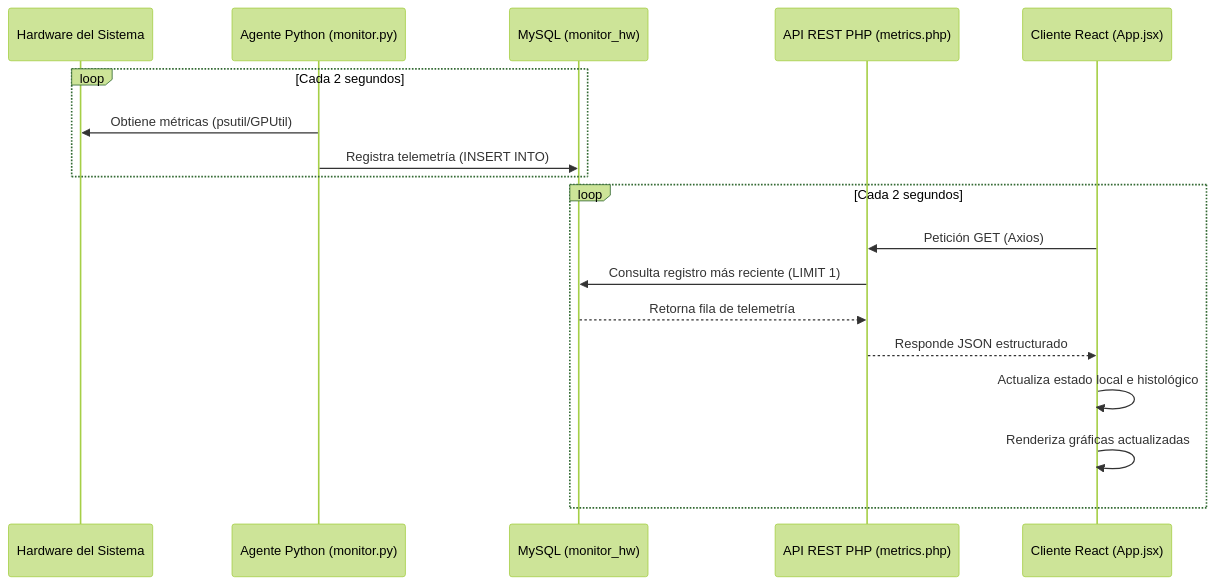
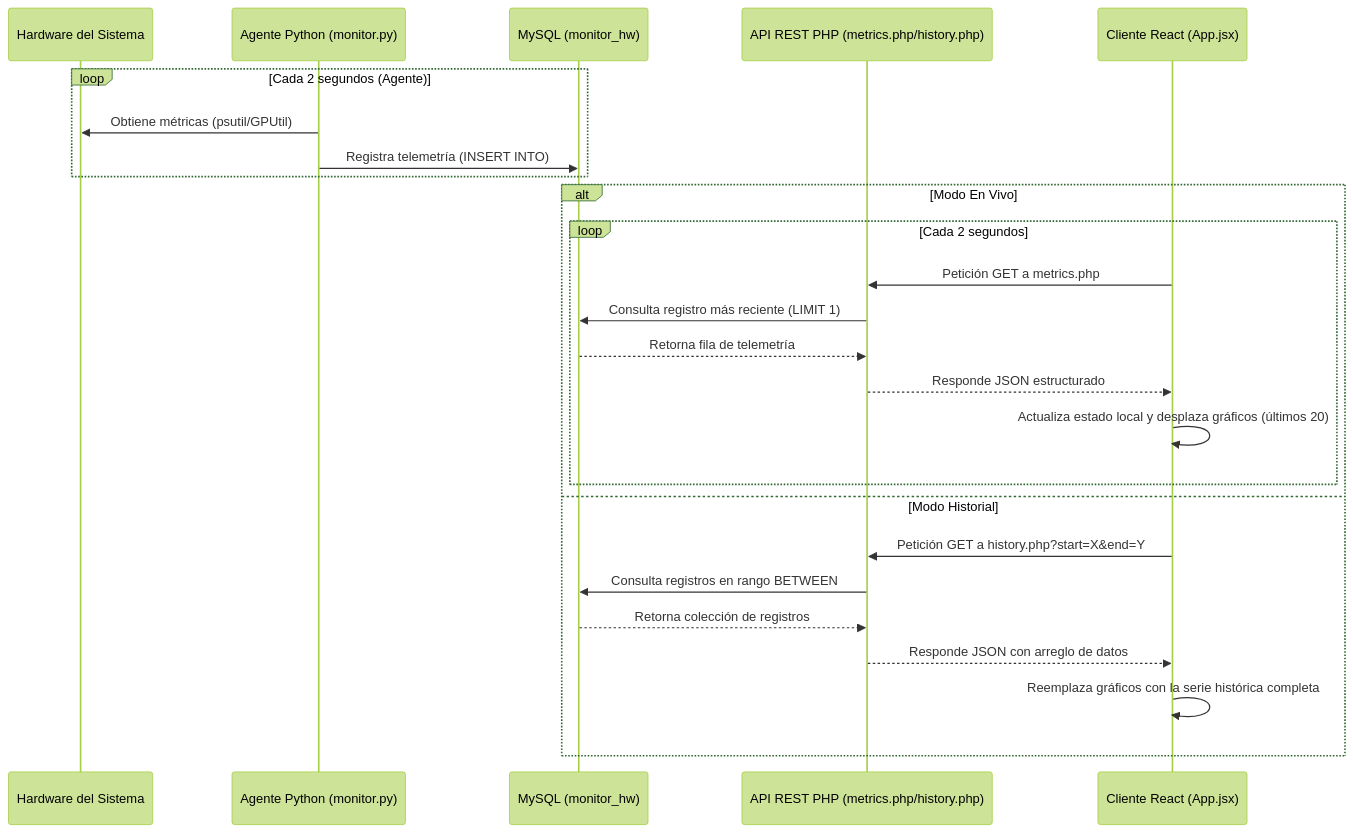
Before and after one commit to villarrealAG/ServiceActivities: the diagram in Adrian/Monitor/README.md, drawn with Mermaid (forest theme). The commit also changed other lines of this file and 3 other files, not shown here.

````diff
--- a/Adrian/Monitor/README.md
+++ b/Adrian/Monitor/README.md
@@ -144,22 +150,29 @@
 ```mermaid
 sequenceDiagram
     participant Hardware as Hardware del Sistema
     participant PythonAgent as Agente Python (monitor.py)
     participant Database as MySQL (monitor_hw)
-    participant PHPAPI as API REST PHP (metrics.php)
+    participant PHPAPI as API REST PHP (metrics.php/history.php)
     participant ReactApp as Cliente React (App.jsx)
 
-    loop Cada 2 segundos
+    loop Cada 2 segundos (Agente)
         PythonAgent->>Hardware: Obtiene métricas (psutil/GPUtil)
         PythonAgent->>Database: Registra telemetría (INSERT INTO)
     end
 
-    loop Cada 2 segundos
-        ReactApp->>PHPAPI: Petición GET (Axios)
-        PHPAPI->>Database: Consulta registro más reciente (LIMIT 1)
-        Database-->>PHPAPI: Retorna fila de telemetría
-        PHPAPI-->>ReactApp: Responde JSON estructurado
-        ReactApp->>ReactApp: Actualiza estado local e histológico
-        ReactApp->>ReactApp: Renderiza gráficas actualizadas
+    alt Modo En Vivo
+        loop Cada 2 segundos
+            ReactApp->>PHPAPI: Petición GET a metrics.php
+            PHPAPI->>Database: Consulta registro más reciente (LIMIT 1)
+            Database-->>PHPAPI: Retorna fila de telemetría
+            PHPAPI-->>ReactApp: Responde JSON estructurado
+            ReactApp->>ReactApp: Actualiza estado local y desplaza gráficos (últimos 20)
+        end
+    else Modo Historial
+        ReactApp->>PHPAPI: Petición GET a history.php?start=X&end=Y
+        PHPAPI->>Database: Consulta registros en rango BETWEEN
+        Database-->>PHPAPI: Retorna colección de registros
+        PHPAPI-->>ReactApp: Responde JSON con arreglo de datos
+        ReactApp->>ReactApp: Reemplaza gráficos con la serie histórica completa
     end
 ```
````
